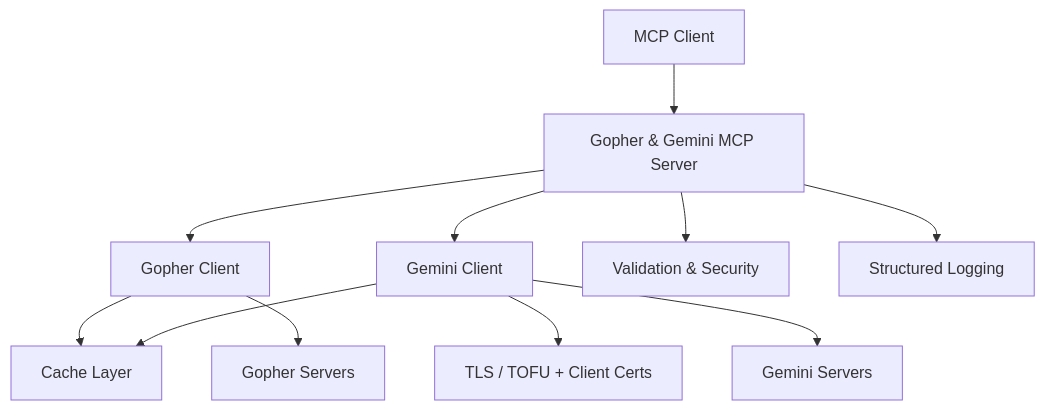
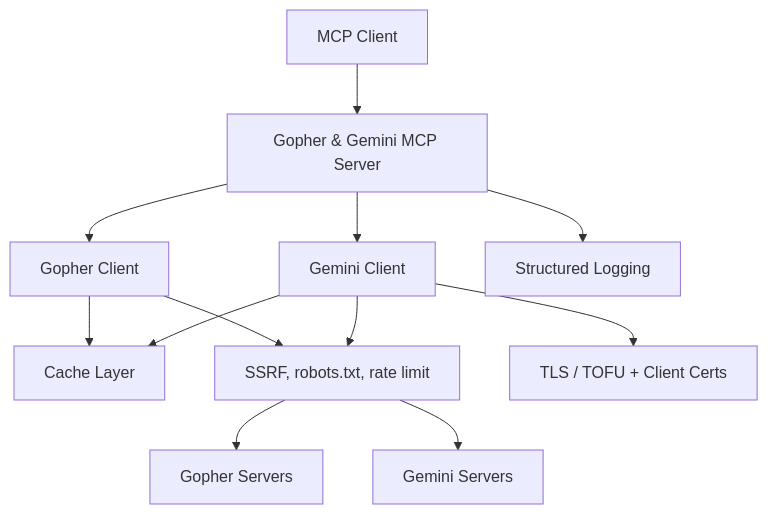
One commit to cameronrye/gopher-mcp changed the diagram in docs/index.md. Above: the diagram before and after it, drawn with Mermaid. The commit also changed other lines of this file and 104 other files, not shown here.

````diff
--- a/docs/index.md
+++ b/docs/index.md
@@ -89,13 +141,14 @@
 ```mermaid
 graph TB
     A[MCP Client] --> B[Gopher & Gemini MCP Server]
     B --> C[Gopher Client]
     B --> D[Gemini Client]
     C --> E[Cache Layer]
     D --> E
+    C --> I[SSRF, robots.txt, rate limit]
+    D --> I
     D --> F[TLS / TOFU + Client Certs]
-    C --> G[Gopher Servers]
-    D --> H[Gemini Servers]
-    B --> I[Validation & Security]
+    I --> G[Gopher Servers]
+    I --> H[Gemini Servers]
     B --> J[Structured Logging]
 ```
````
